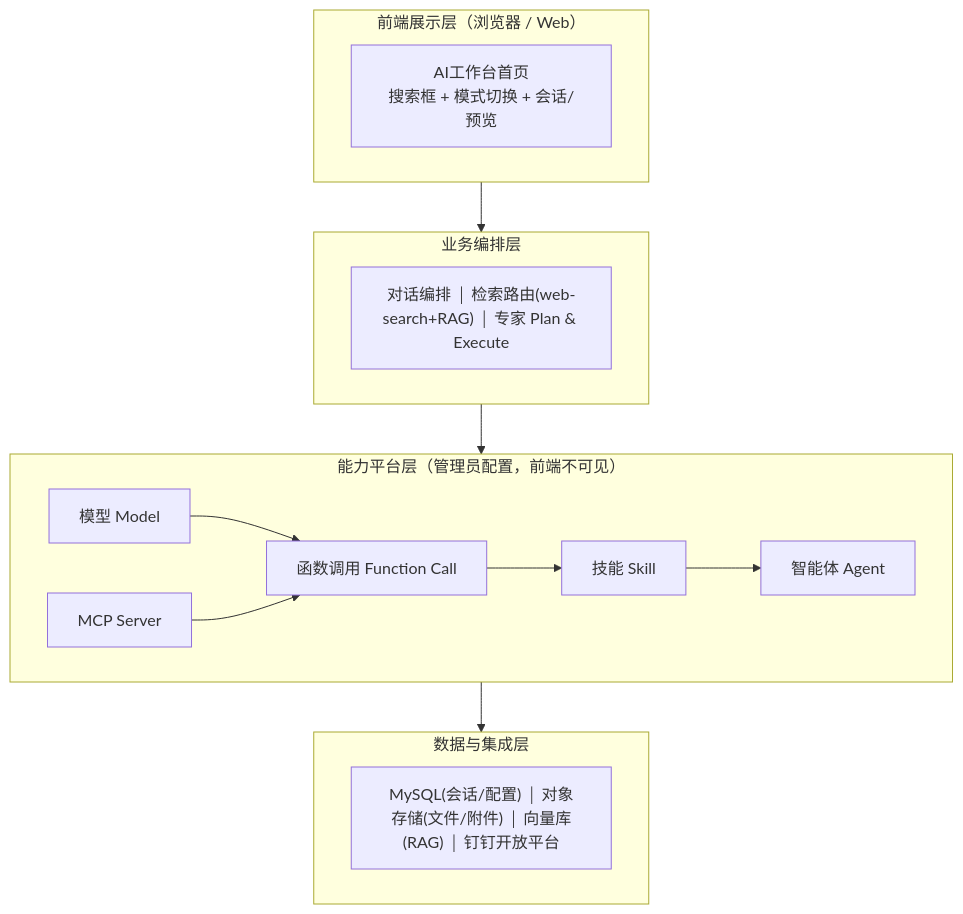
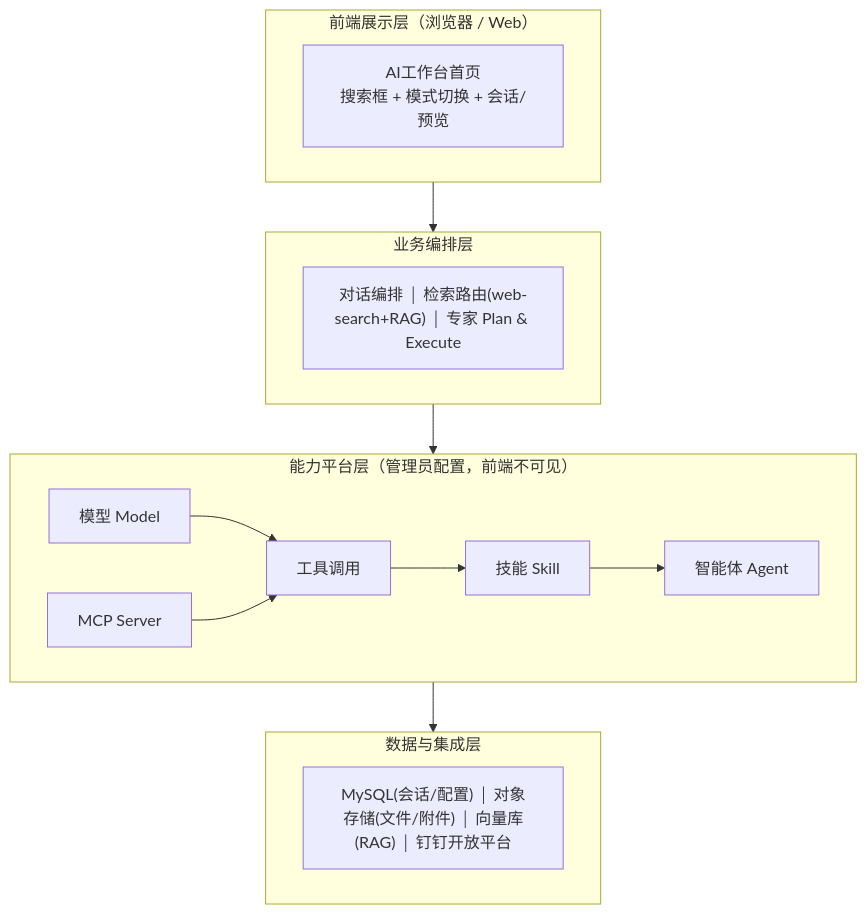
The first of 11 diagrams in docs/需求文档/20260709-【PRD】AI工作台-首页智能体-天马智擎.md (fri555/PORTL), drawn with Mermaid before and after one commit. The commit also changed other lines of this file, not shown here.

Commit message:
[docs/PRD] 3.4基础能力底座全面重构：4层架构→6节、Function-Call→工具调用、术语表重写、新增6.4规划清单

````diff
--- a/docs/需求文档/20260709-【PRD】AI工作台-首页智能体-天马智擎.md
+++ b/docs/需求文档/20260709-【PRD】AI工作台-首页智能体-天马智擎.md
@@ -202,23 +207,23 @@
 ```mermaid
 graph TB
     subgraph L1["前端展示层（浏览器 / Web）"]
         A["AI工作台首页<br/>搜索框 + 模式切换 + 会话/预览"]
     end
 
     subgraph L2["业务编排层"]
         B["对话编排 │ 检索路由(web-search+RAG) │ 专家 Plan & Execute"]
     end
 
     subgraph L3["能力平台层（管理员配置，前端不可见）"]
-        M["模型 Model"] --> FC["函数调用 Function Call"]
+        M["模型 Model"] --> FC["工具调用"]
         MCP["MCP Server"] --> FC
         FC --> S["技能 Skill"]
         S --> AG["智能体 Agent"]
     end
 
     subgraph L4["数据与集成层"]
         D["MySQL(会话/配置) │ 对象存储(文件/附件) │ 向量库(RAG) │ 钉钉开放平台"]
     end
 
     L1 --> L2 --> L3 --> L4
 ```
````
